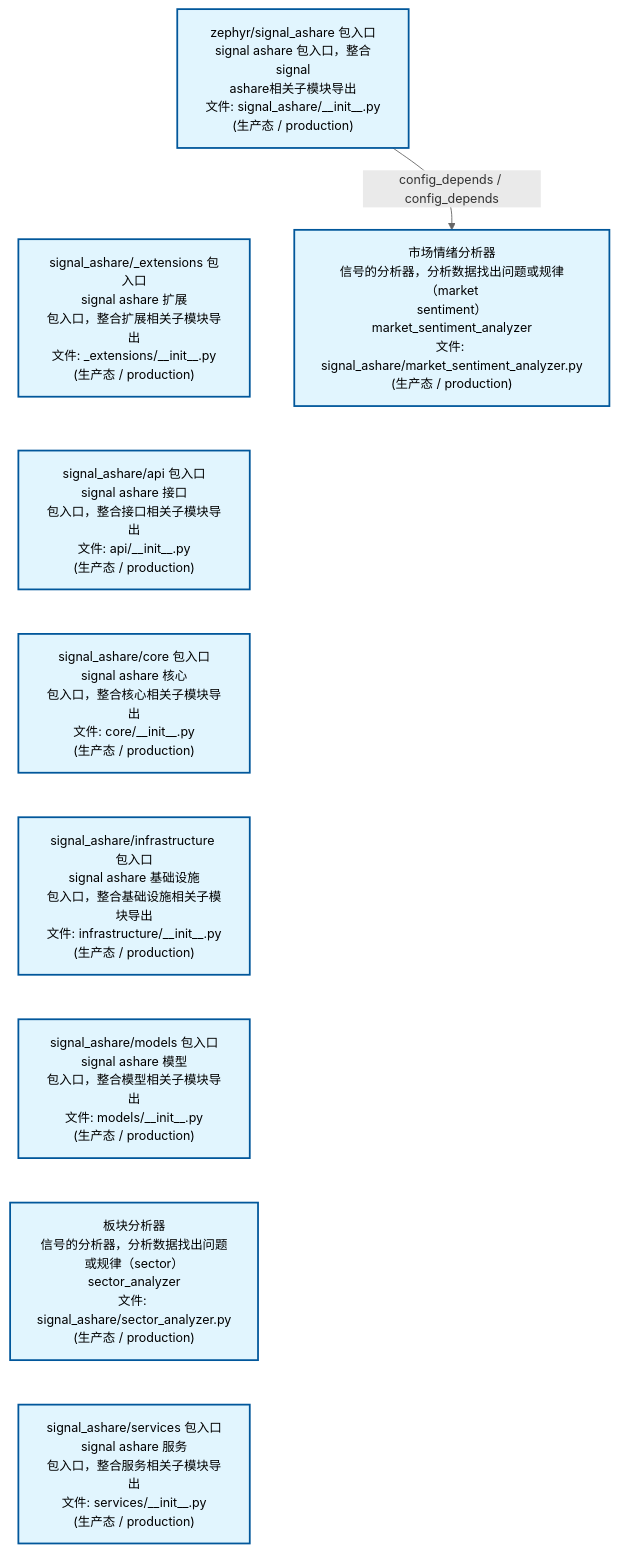
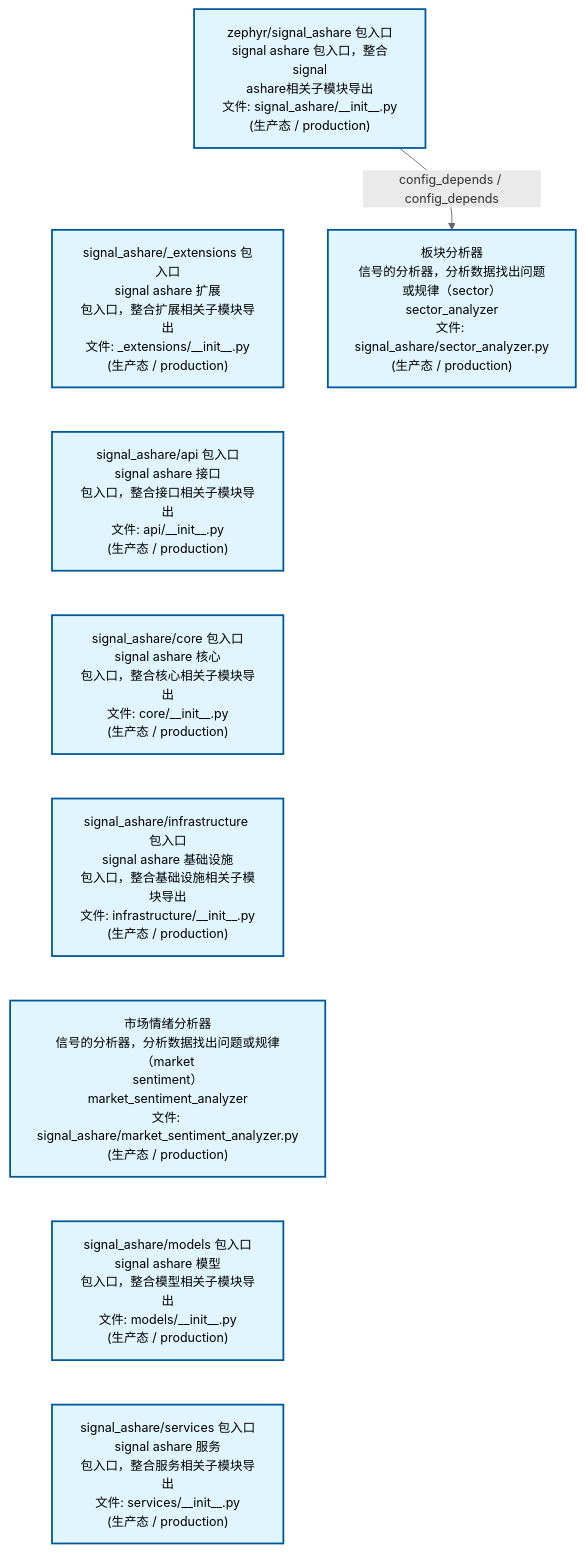
Before and after one commit to xuanFelixVan/ZephyrAlpha: the second of 4 diagrams in docs/02_enterprise_architecture/02_domain_architecture_docs/32_d_ashare_signal.md, drawn with Mermaid. The commit also changed other lines of this file and 39 other files, not shown here.

````diff
--- a/docs/02_enterprise_architecture/02_domain_architecture_docs/32_d_ashare_signal.md
+++ b/docs/02_enterprise_architecture/02_domain_architecture_docs/32_d_ashare_signal.md
@@ -110,26 +110,26 @@
 ```mermaid
 %%{init: {'theme': 'base', 'themeVariables': {'primaryColor': '#eaeaea', 'primaryTextColor': '#333333', 'primaryBorderColor': '#666666', 'lineColor': '#666666', 'secondaryColor': '#eaeaea', 'tertiaryColor': '#eaeaea', 'fontSize': '14px'}}}%%
 flowchart TD
     src_zephyr_signal_ashare_init_py["zephyr/signal_ashare 包入口<br/>signal ashare 包入口，整合signal<br/>ashare相关子模块导出<br/>文件: signal_ashare/__init__.py<br/>(生产态 / production)"]
     src_zephyr_signal_ashare_extensions_init_py["signal_ashare/_extensions 包入口<br/>signal ashare 扩展<br/>包入口，整合扩展相关子模块导出<br/>文件: _extensions/__init__.py<br/>(生产态 / production)"]
     src_zephyr_signal_ashare_api_init_py["signal_ashare/api 包入口<br/>signal ashare 接口<br/>包入口，整合接口相关子模块导出<br/>文件: api/__init__.py<br/>(生产态 / production)"]
     src_zephyr_signal_ashare_core_init_py["signal_ashare/core 包入口<br/>signal ashare 核心<br/>包入口，整合核心相关子模块导出<br/>文件: core/__init__.py<br/>(生产态 / production)"]
     src_zephyr_signal_ashare_infrastructure_init_py["signal_ashare/infrastructure 包入口<br/>signal ashare 基础设施<br/>包入口，整合基础设施相关子模块导出<br/>文件: infrastructure/__init__.py<br/>(生产态 / production)"]
+    src_zephyr_signal_ashare_market_sentiment_analyzer_py["市场情绪分析器<br/>信号的分析器，分析数据找出问题或规律（market<br/>sentiment）<br/>market_sentiment_analyzer<br/>文件: signal_ashare/market_sentiment_analyzer.py<br/>(生产态 / production)"]
     src_zephyr_signal_ashare_models_init_py["signal_ashare/models 包入口<br/>signal ashare 模型<br/>包入口，整合模型相关子模块导出<br/>文件: models/__init__.py<br/>(生产态 / production)"]
-    src_zephyr_signal_ashare_sector_analyzer_py["板块分析器<br/>信号的分析器，分析数据找出问题或规律（sector）<br/>sector_analyzer<br/>文件: signal_ashare/sector_analyzer.py<br/>(生产态 / production)"]
     src_zephyr_signal_ashare_services_init_py["signal_ashare/services 包入口<br/>signal ashare 服务<br/>包入口，整合服务相关子模块导出<br/>文件: services/__init__.py<br/>(生产态 / production)"]
     src_zephyr_signal_ashare_init_py ~~~ src_zephyr_signal_ashare_extensions_init_py
     src_zephyr_signal_ashare_extensions_init_py ~~~ src_zephyr_signal_ashare_api_init_py
     src_zephyr_signal_ashare_api_init_py ~~~ src_zephyr_signal_ashare_core_init_py
     src_zephyr_signal_ashare_core_init_py ~~~ src_zephyr_signal_ashare_infrastructure_init_py
-    src_zephyr_signal_ashare_infrastructure_init_py ~~~ src_zephyr_signal_ashare_models_init_py
-    src_zephyr_signal_ashare_models_init_py ~~~ src_zephyr_signal_ashare_sector_analyzer_py
-    src_zephyr_signal_ashare_sector_analyzer_py ~~~ src_zephyr_signal_ashare_services_init_py
-    src_zephyr_signal_ashare_market_sentiment_analyzer_py["市场情绪分析器<br/>信号的分析器，分析数据找出问题或规律（market<br/>sentiment）<br/>market_sentiment_analyzer<br/>文件: signal_ashare/market_sentiment_analyzer.py<br/>(生产态 / production)"]
-    src_zephyr_signal_ashare_init_py -->|config_depends / config_depends| src_zephyr_signal_ashare_market_sentiment_analyzer_py
+    src_zephyr_signal_ashare_infrastructure_init_py ~~~ src_zephyr_signal_ashare_market_sentiment_analyzer_py
+    src_zephyr_signal_ashare_market_sentiment_analyzer_py ~~~ src_zephyr_signal_ashare_models_init_py
+    src_zephyr_signal_ashare_models_init_py ~~~ src_zephyr_signal_ashare_services_init_py
+    src_zephyr_signal_ashare_sector_analyzer_py["板块分析器<br/>信号的分析器，分析数据找出问题或规律（sector）<br/>sector_analyzer<br/>文件: signal_ashare/sector_analyzer.py<br/>(生产态 / production)"]
+    src_zephyr_signal_ashare_init_py -->|config_depends / config_depends| src_zephyr_signal_ashare_sector_analyzer_py
     classDef production fill:#e1f5fe,stroke:#01579b,stroke-width:2px,color:#000
     classDef design fill:#fff3e0,stroke:#e65100,stroke-width:2px,color:#000,stroke-dasharray: 5 5
     classDef external_prod fill:#e8f4fd,stroke:#0277bd,stroke-width:1px,color:#000
     classDef external_design fill:#fff8e7,stroke:#ef6c00,stroke-width:1px,color:#000,stroke-dasharray: 5 5
     class src_zephyr_signal_ashare_init_py,src_zephyr_signal_ashare_extensions_init_py,src_zephyr_signal_ashare_api_init_py,src_zephyr_signal_ashare_core_init_py,src_zephyr_signal_ashare_infrastructure_init_py,src_zephyr_signal_ashare_market_sentiment_analyzer_py,src_zephyr_signal_ashare_models_init_py,src_zephyr_signal_ashare_sector_analyzer_py,src_zephyr_signal_ashare_services_init_py production
 ```
````
